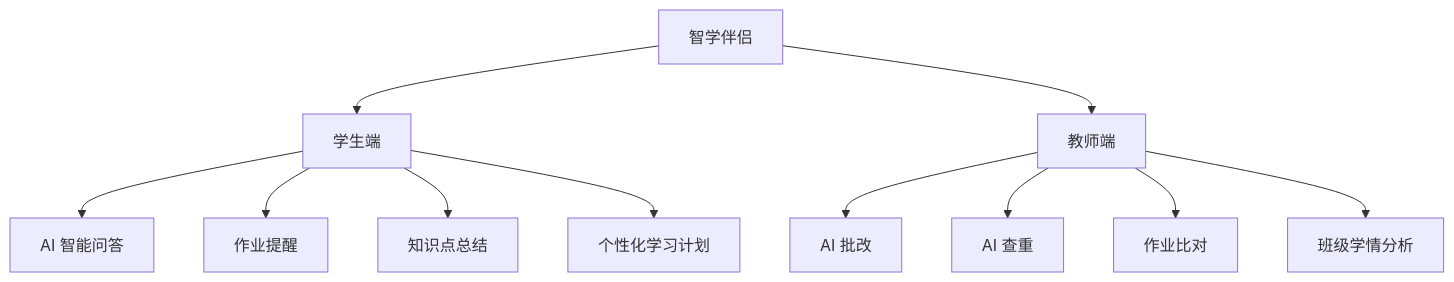
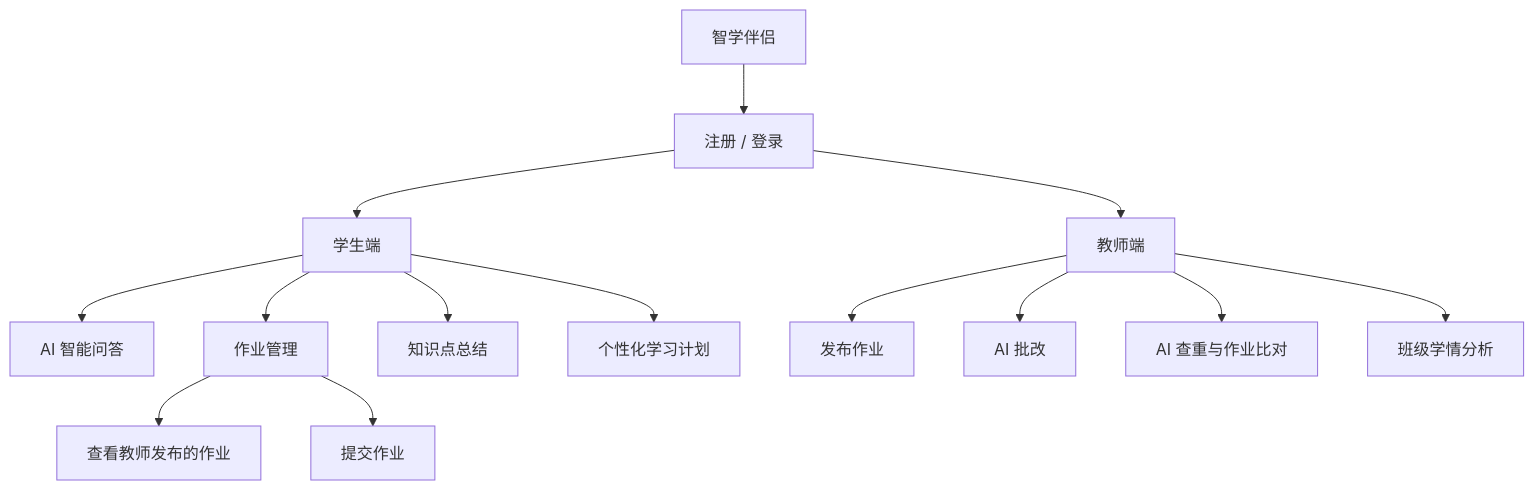
One commit to fengyan1214/zhixue-companion changed the third of 7 diagrams in docs/architecture.md. Above: the diagram before and after it, drawn with Mermaid. The commit also changed other lines of this file and 3 other files, not shown here.

````diff
--- a/docs/architecture.md
+++ b/docs/architecture.md
@@ -72,13 +85,16 @@
 ```mermaid
 flowchart TD
-    App[智学伴侣] --> StudentSide[学生端]
-    App --> TeacherSide[教师端]
+    App[智学伴侣] --> Auth[注册 / 登录]
+    Auth --> StudentSide[学生端]
+    Auth --> TeacherSide[教师端]
     StudentSide --> Chat[AI 智能问答]
-    StudentSide --> Reminder[作业提醒]
+    StudentSide --> Assignment[作业管理]
+    Assignment --> ViewAssignment[查看教师发布的作业]
+    Assignment --> SubmitAssignment[提交作业]
     StudentSide --> Summary[知识点总结]
     StudentSide --> Plan[个性化学习计划]
+    TeacherSide --> Publish[发布作业]
     TeacherSide --> Grading[AI 批改]
-    TeacherSide --> Plagiarism[AI 查重]
-    TeacherSide --> Compare[作业比对]
+    TeacherSide --> PlagiarismAndCompare[AI 查重与作业比对]
     TeacherSide --> Insight[班级学情分析]
 ```
````
